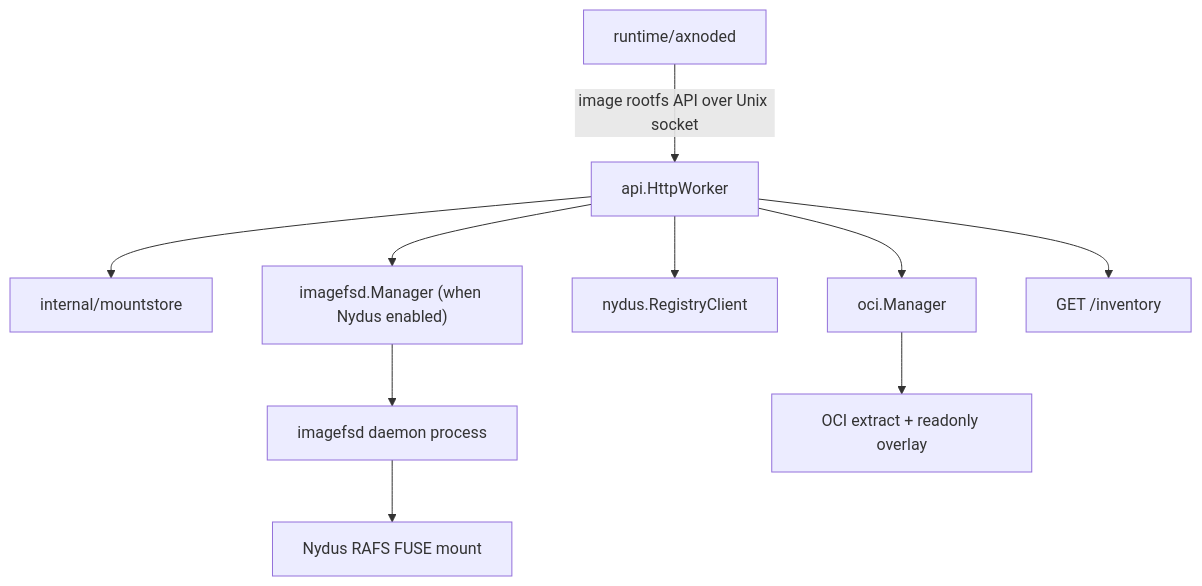
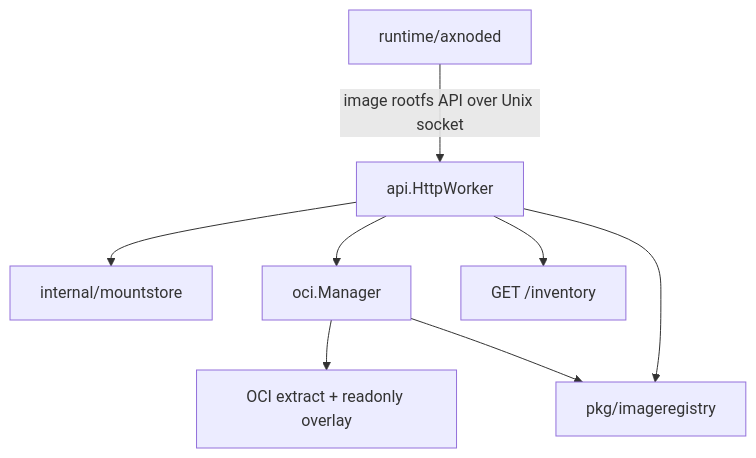
Before and after one commit to cofy-x/axern: the first of 2 diagrams in runtime/imagemgr/docs/architecture.md, drawn with Mermaid. The commit also changed other lines of this file and 499 other files, not shown here.

````diff
--- a/runtime/imagemgr/docs/architecture.md
+++ b/runtime/imagemgr/docs/architecture.md
@@ -9,15 +9,11 @@
 ```mermaid
 flowchart TB
     Axnoded["runtime/axnoded"] -->|"image rootfs API over Unix socket"| Worker["api.HttpWorker"]
 
     Worker --> Store["internal/mountstore"]
     Worker --> OCI["oci.Manager"]
-    Worker --> Nydus["nydus.RegistryClient"]
-    Worker --> IFSMgr["imagefsd.Manager (when Nydus enabled)"]
-
-    IFSMgr --> IFSD["imagefsd daemon process"]
-    IFSD --> NydusFuse["Nydus RAFS FUSE mount"]
     OCI --> OCIRootfs["OCI extract + readonly overlay"]
-
+    OCI --> Registry["pkg/imageregistry"]
+    Worker --> Registry
     Worker --> Inventory["GET /inventory"]
 ```
````
